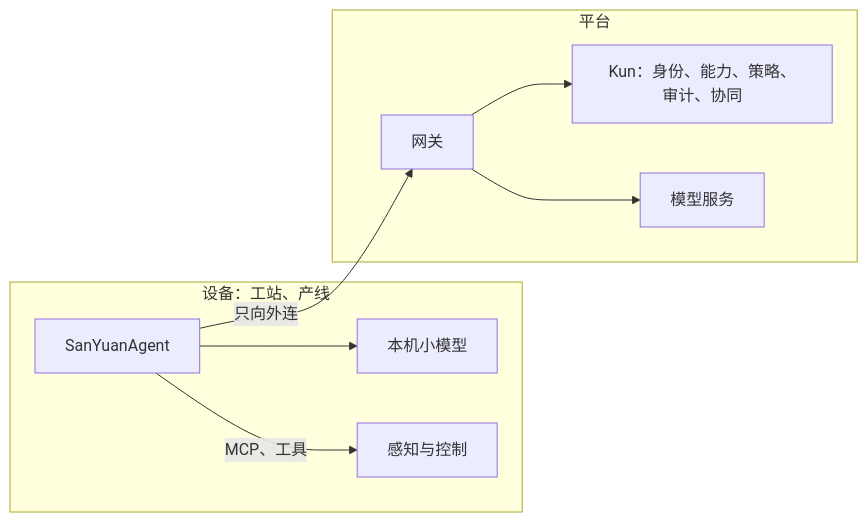
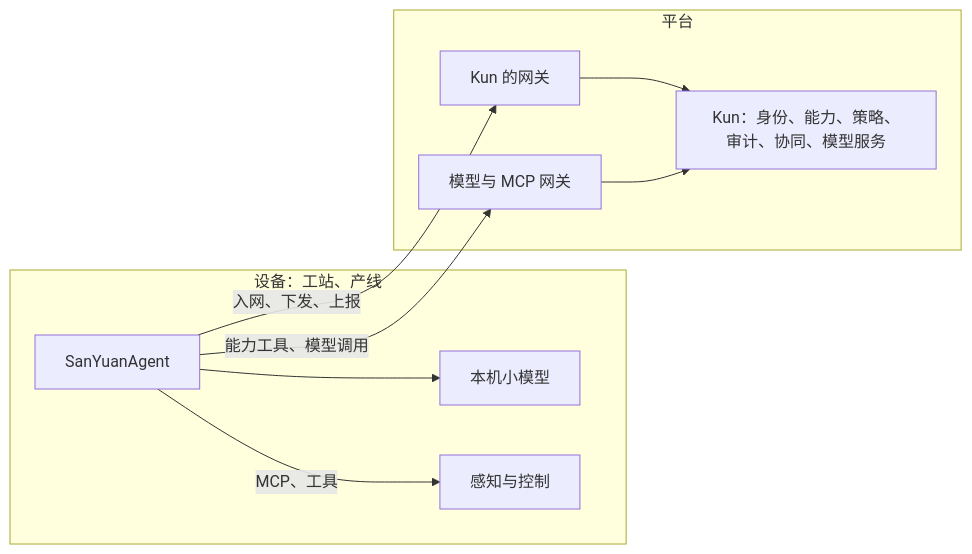
One commit to CavaiLAB/jiangxin changed the third of 3 diagrams in docs/02-architecture.md. Above: the diagram before and after it, drawn with Mermaid. The commit also changed other lines of this file and 7 other files, not shown here.

````diff
--- a/docs/02-architecture.md
+++ b/docs/02-architecture.md
@@ -127,18 +127,19 @@
 ```mermaid
 flowchart LR
   subgraph dev["设备：工站、产线"]
     A["SanYuanAgent"]
     LM["本机小模型"]
     C["感知与控制"]
   end
   subgraph plat["平台"]
-    GW["网关"]
-    K["Kun：身份、能力、策略、审计、协同"]
-    MS["模型服务"]
+    GW["Kun 的网关"]
+    MG["模型与 MCP 网关"]
+    K["Kun：身份、能力、策略、审计、协同、模型服务"]
   end
   A --> LM
   A -->|"MCP、工具"| C
-  A -->|"只向外连"| GW
+  A -->|"入网、下发、上报"| GW
+  A -->|"能力工具、模型调用"| MG
   GW --> K
-  GW --> MS
+  MG --> K
 ```
````
